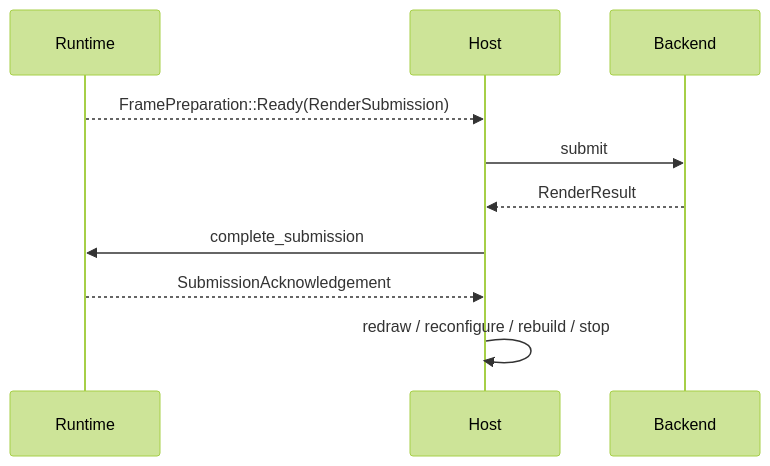
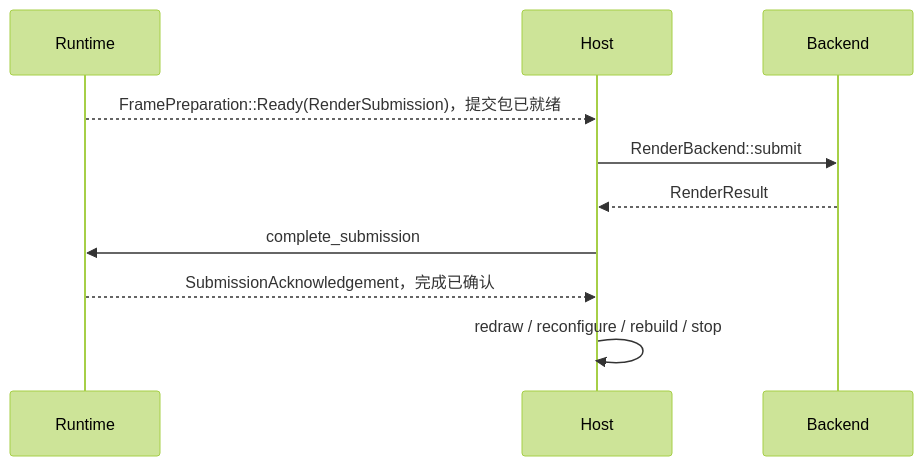
One commit to yezhang/novadraw changed the sixth of 6 diagrams in engine/wasm_rust/novadraw/book/internals/src/appendix-concept-map.md. Above: the diagram before and after it, drawn with Mermaid (forest theme). The commit also changed other lines of this file and 25 other files, not shown here.

````diff
--- a/engine/wasm_rust/novadraw/book/internals/src/appendix-concept-map.md
+++ b/engine/wasm_rust/novadraw/book/internals/src/appendix-concept-map.md
@@ -255,13 +256,13 @@
 ```mermaid
 sequenceDiagram
     participant Runtime
     participant Host
     participant Backend
 
-    Runtime-->>Host: FramePreparation::Ready(RenderSubmission)
-    Host->>Backend: submit
+    Runtime-->>Host: FramePreparation::Ready(RenderSubmission)，提交包已就绪
+    Host->>Backend: RenderBackend::submit
     Backend-->>Host: RenderResult
     Host->>Runtime: complete_submission
-    Runtime-->>Host: SubmissionAcknowledgement
+    Runtime-->>Host: SubmissionAcknowledgement，完成已确认
     Host->>Host: redraw / reconfigure / rebuild / stop
 ```
````
